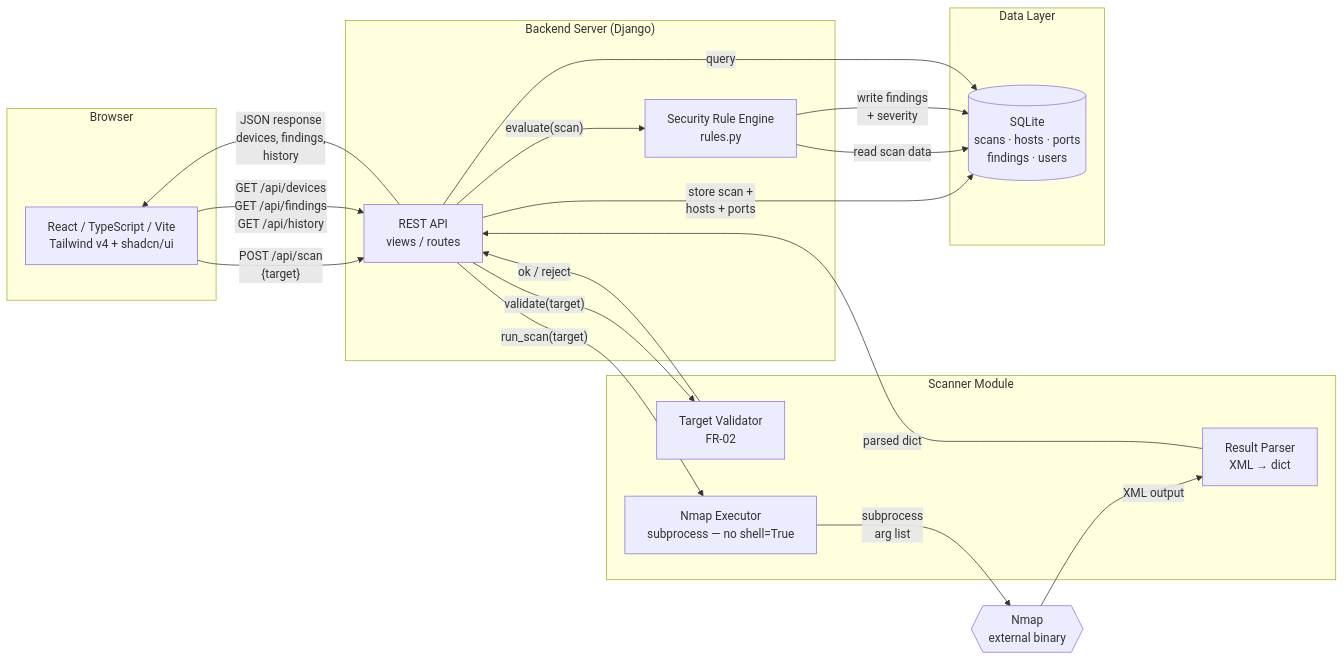
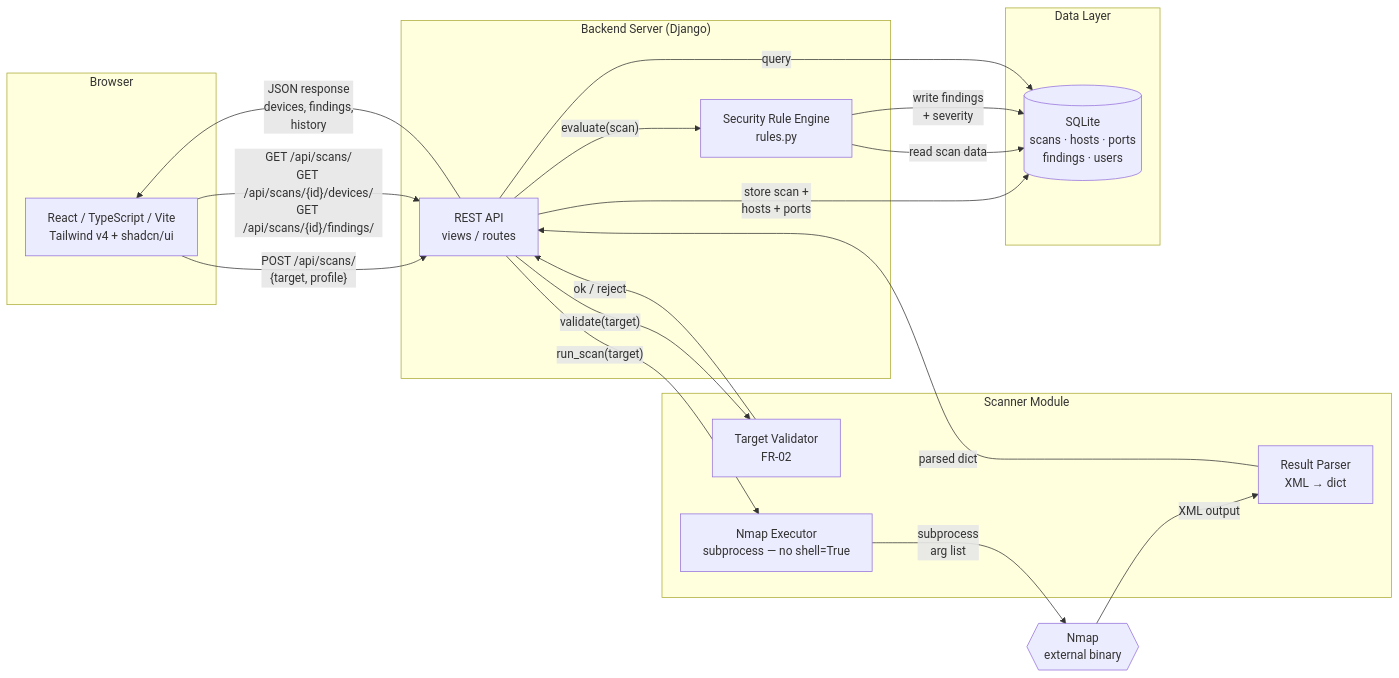
One commit to jamesg8025/netsecure changed the diagram in docs/ARCHITECTURE.md. Above: the diagram before and after it, drawn with Mermaid. The commit also changed other lines of this file and 2 other files, not shown here.

First line of the commit message:
Document the scan read endpoints (WBS 4.0/8.0)

````diff
--- a/docs/ARCHITECTURE.md
+++ b/docs/ARCHITECTURE.md
@@ -9,38 +9,38 @@
 ```mermaid
 flowchart LR
     subgraph Browser
         UI[React / TypeScript / Vite\nTailwind v4 + shadcn/ui]
     end
 
     subgraph "Backend Server (Django)"
         API[REST API\nviews / routes]
         Rules[Security Rule Engine\nrules.py]
     end
 
     subgraph "Scanner Module"
         Val[Target Validator\nFR-02]
         Exec[Nmap Executor\nsubprocess — no shell=True]
         Parse[Result Parser\nXML → dict]
     end
 
     subgraph "Data Layer"
         DB[(SQLite\nscans · hosts · ports\nfindings · users)]
     end
 
     Nmap{{Nmap\nexternal binary}}
 
-    UI -- "POST /api/scan\n{target}" --> API
+    UI -- "POST /api/scans/\n{target, profile}" --> API
     API -- "validate(target)" --> Val
     Val -- "ok / reject" --> API
     API -- "run_scan(target)" --> Exec
     Exec -- "subprocess\narg list" --> Nmap
     Nmap -- "XML output" --> Parse
     Parse -- "parsed dict" --> API
     API -- "store scan +\nhosts + ports" --> DB
     API -- "evaluate(scan)" --> Rules
     Rules -- "read scan data" --> DB
     Rules -- "write findings\n+ severity" --> DB
     API -- "JSON response\ndevices, findings,\nhistory" --> UI
-    UI -- "GET /api/devices\nGET /api/findings\nGET /api/history" --> API
+    UI -- "GET /api/scans/\nGET /api/scans/{id}/devices/\nGET /api/scans/{id}/findings/" --> API
     API -- "query" --> DB
 ```
````
